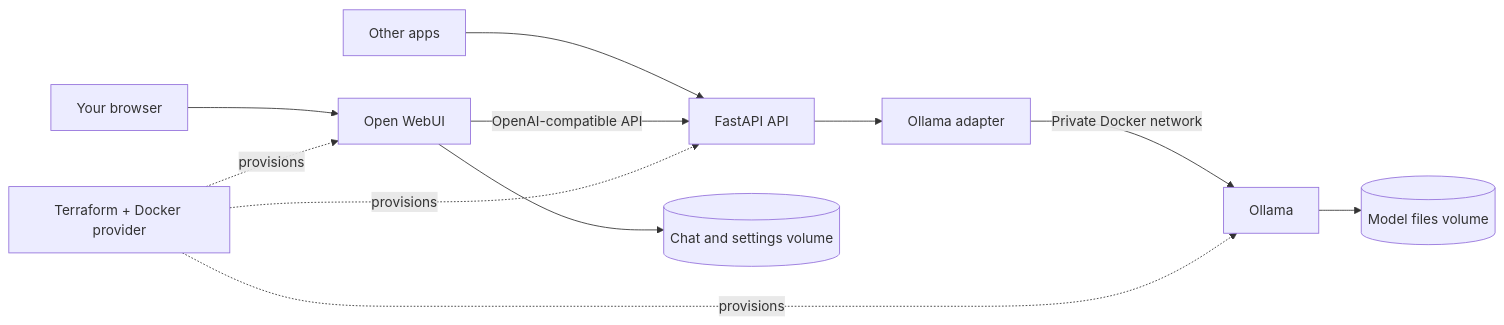
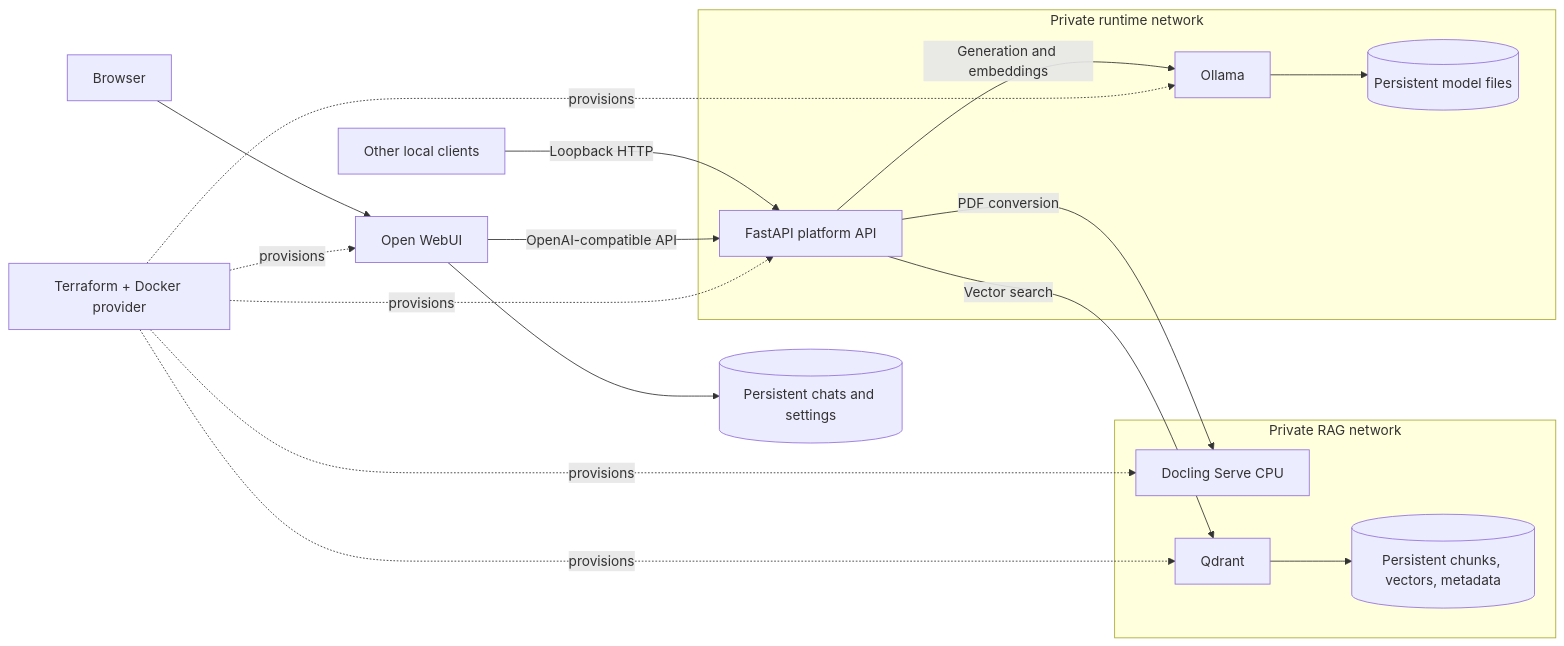
One commit to BinarySyrup/AI-Platform-Foundation-Local changed the diagram in README.md. Above: the diagram before and after it, drawn with Mermaid. The commit also changed other lines of this file and 8 other files, not shown here.

First line of the commit message:
docs(rag): add local PDF RAG scope and architecture

````diff
--- a/README.md
+++ b/README.md
@@ -26,14 +43,24 @@
 ```mermaid
 flowchart LR
-    Terraform[Terraform + Docker provider]
-    Browser[Your browser] --> UI[Open WebUI]
-    Client[Other apps] --> API[FastAPI API]
+    Browser[Browser] --> UI[Open WebUI]
+    Client[Other local clients] -->|Loopback HTTP| API[FastAPI platform API]
     UI -->|OpenAI-compatible API| API
-    API --> Adapter[Ollama adapter]
-    Adapter -->|Private Docker network| Ollama[Ollama]
-    Ollama --> Models[(Model files volume)]
-    UI --> Chats[(Chat and settings volume)]
+
+    subgraph runtime[Private runtime network]
+        API -->|Generation and embeddings| Ollama[Ollama]
+        Ollama --> ModelData[(Persistent model files)]
+    end
+
+    subgraph rag[Private RAG network]
+        API -->|PDF conversion| Docling[Docling Serve CPU]
+        API -->|Vector search| Qdrant[Qdrant]
+        Qdrant --> VectorData[(Persistent chunks, vectors, metadata)]
+    end
+
+    UI --> ChatData[(Persistent chats and settings)]
+    Terraform[Terraform + Docker provider] -. provisions .-> API
+    Terraform -. provisions .-> Ollama
+    Terraform -. provisions .-> Docling
+    Terraform -. provisions .-> Qdrant
     Terraform -. provisions .-> UI
-    Terraform -. provisions .-> API
-    Terraform -. provisions .-> Ollama
 ```
````
